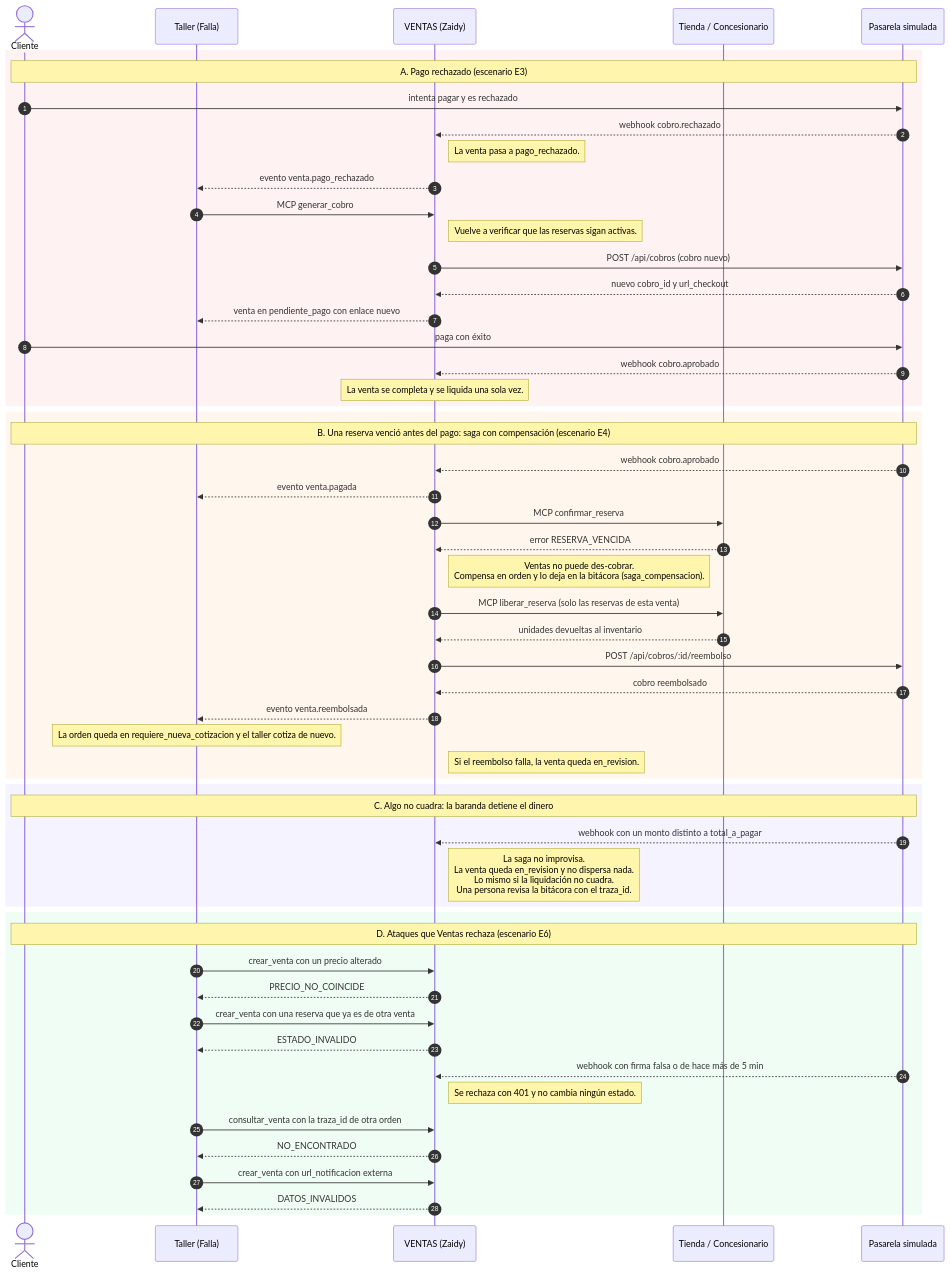
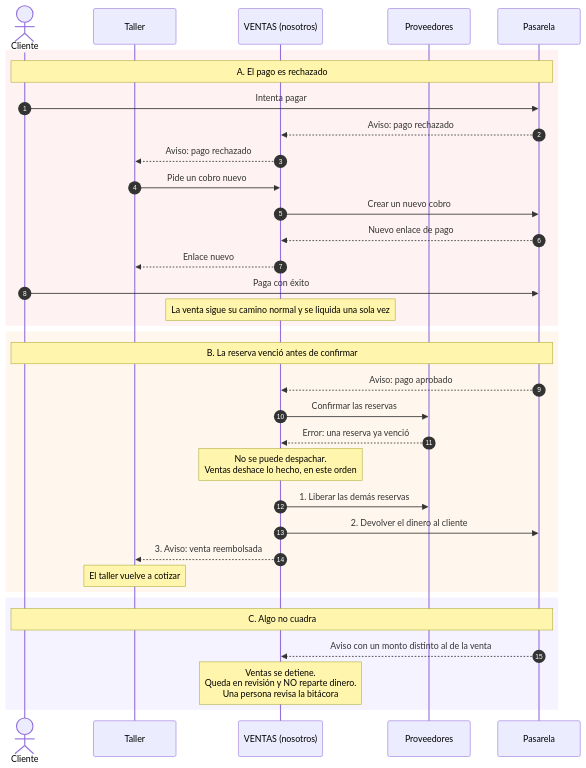
One commit to CristianT71/CobraYa changed the second of 3 diagrams in docs/diagrama-secuencia-ventas.md. Above: the diagram before and after it, drawn with Mermaid. The commit also changed other lines of this file and 3 other files, not shown here.

Commit message:
docs: diagrama de Ventas más claro (cuatro fases, glosario, dispersión visible y ejemplo con números del instructivo)

````diff
--- a/docs/diagrama-secuencia-ventas.md
+++ b/docs/diagrama-secuencia-ventas.md
@@ -77,61 +96,40 @@
 ```mermaid
 sequenceDiagram
     autonumber
     actor C as Cliente
-    participant T as Taller (Falla)
-    participant V as VENTAS (Zaidy)
-    participant P as Tienda / Concesionario
-    participant G as Pasarela simulada
+    participant T as Taller
+    participant V as VENTAS (nosotros)
+    participant P as Proveedores
+    participant G as Pasarela
 
     rect rgb(254, 242, 242)
-    Note over C,G: A. Pago rechazado (escenario E3)
-    C->>G: intenta pagar y es rechazado
-    G-->>V: webhook cobro.rechazado
-    Note right of V: La venta pasa a pago_rechazado.
-    V-->>T: evento venta.pago_rechazado
-    T->>V: MCP generar_cobro
-    Note right of V: Vuelve a verificar que las reservas sigan activas.
-    V->>G: POST /api/cobros (cobro nuevo)
-    G-->>V: nuevo cobro_id y url_checkout
-    V-->>T: venta en pendiente_pago con enlace nuevo
-    C->>G: paga con éxito
-    G-->>V: webhook cobro.aprobado
-    Note over V: La venta se completa y se liquida una sola vez.
+    Note over C,G: A. El pago es rechazado
+    C->>G: Intenta pagar
+    G-->>V: Aviso: pago rechazado
+    V-->>T: Aviso: pago rechazado
+    T->>V: Pide un cobro nuevo
+    V->>G: Crear un nuevo cobro
+    G-->>V: Nuevo enlace de pago
+    V-->>T: Enlace nuevo
+    C->>G: Paga con éxito
+    Note over V: La venta sigue su camino normal y se liquida una sola vez
     end
 
     rect rgb(255, 247, 237)
-    Note over C,G: B. Una reserva venció antes del pago: saga con compensación (escenario E4)
-    G-->>V: webhook cobro.aprobado
-    V-->>T: evento venta.pagada
-    V->>P: MCP confirmar_reserva
-    P-->>V: error RESERVA_VENCIDA
-    Note right of V: Ventas no puede des-cobrar.<br/>Compensa en orden y lo deja en la bitácora (saga_compensacion).
-    V->>P: MCP liberar_reserva (solo las reservas de esta venta)
-    P-->>V: unidades devueltas al inventario
-    V->>G: POST /api/cobros/:id/reembolso
-    G-->>V: cobro reembolsado
-    V-->>T: evento venta.reembolsada
-    Note over T: La orden queda en requiere_nueva_cotizacion y el taller cotiza de nuevo.
-    Note right of V: Si el reembolso falla, la venta queda en_revision.
+    Note over C,G: B. La reserva venció antes de confirmar
+    G-->>V: Aviso: pago aprobado
+    V->>P: Confirmar las reservas
+    P-->>V: Error: una reserva ya venció
+    Note over V: No se puede despachar.<br/>Ventas deshace lo hecho, en este orden
+    V->>P: 1. Liberar las demás reservas
+    V->>G: 2. Devolver el dinero al cliente
+    V-->>T: 3. Aviso: venta reembolsada
+    Note over T: El taller vuelve a cotizar
     end
 
     rect rgb(245, 243, 255)
-    Note over C,G: C. Algo no cuadra: la baranda detiene el dinero
-    G-->>V: webhook con un monto distinto a total_a_pagar
-    Note right of V: La saga no improvisa.<br/>La venta queda en_revision y no dispersa nada.<br/>Lo mismo si la liquidación no cuadra.<br/>Una persona revisa la bitácora con el traza_id.
-    end
-
-    rect rgb(240, 253, 244)
-    Note over C,G: D. Ataques que Ventas rechaza (escenario E6)
-    T->>V: crear_venta con un precio alterado
-    V-->>T: PRECIO_NO_COINCIDE
-    T->>V: crear_venta con una reserva que ya es de otra venta
-    V-->>T: ESTADO_INVALIDO
-    G-->>V: webhook con firma falsa o de hace más de 5 min
-    Note right of V: Se rechaza con 401 y no cambia ningún estado.
-    T->>V: consultar_venta con la traza_id de otra orden
-    V-->>T: NO_ENCONTRADO
-    T->>V: crear_venta con url_notificacion externa
-    V-->>T: DATOS_INVALIDOS
+    Note over C,G: C. Algo no cuadra
+    G-->>V: Aviso con un monto distinto al de la venta
+    Note over V: Ventas se detiene.<br/>Queda en revisión y NO reparte dinero.<br/>Una persona revisa la bitácora
     end
 ```
````
